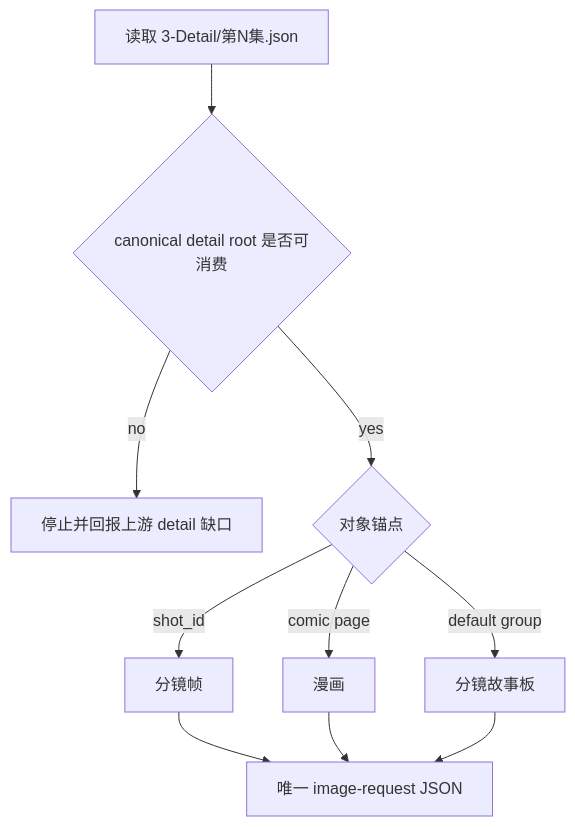
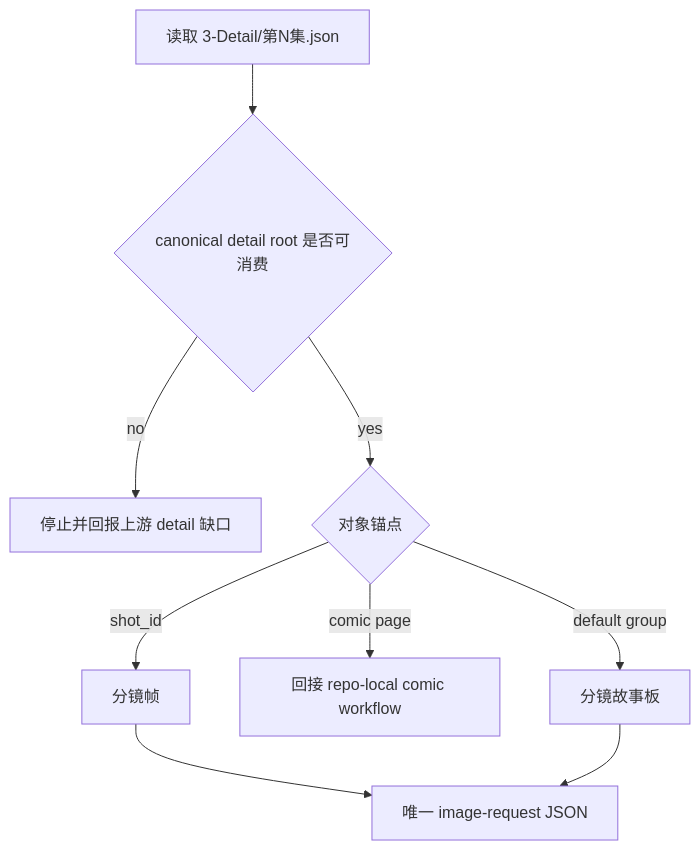
One commit to ZEN-VOID/AI-CUT changed the second of 4 diagrams in .agents/skills/aigc/5-Image/1-提示词蒸馏/SKILL.md. Above: the diagram before and after it, drawn with Mermaid. The commit also changed other lines of this file and 52 other files, not shown here.

````diff
--- a/.agents/skills/aigc/5-Image/1-提示词蒸馏/SKILL.md
+++ b/.agents/skills/aigc/5-Image/1-提示词蒸馏/SKILL.md
@@ -205,12 +205,11 @@
 ```mermaid
 flowchart TD
     A["读取 3-Detail/第N集.json"] --> B{"canonical detail root 是否可消费"}
     B -->|"no"| C["停止并回报上游 detail 缺口"]
     B -->|"yes"| D{"对象锚点"}
     D -->|"shot_id"| E["分镜帧"]
-    D -->|"comic page"| F["漫画"]
+    D -->|"comic page"| F["回接 repo-local comic workflow"]
     D -->|"default group"| G["分镜故事板"]
     E --> H["唯一 image-request JSON"]
-    F --> H
     G --> H
 ```
````
